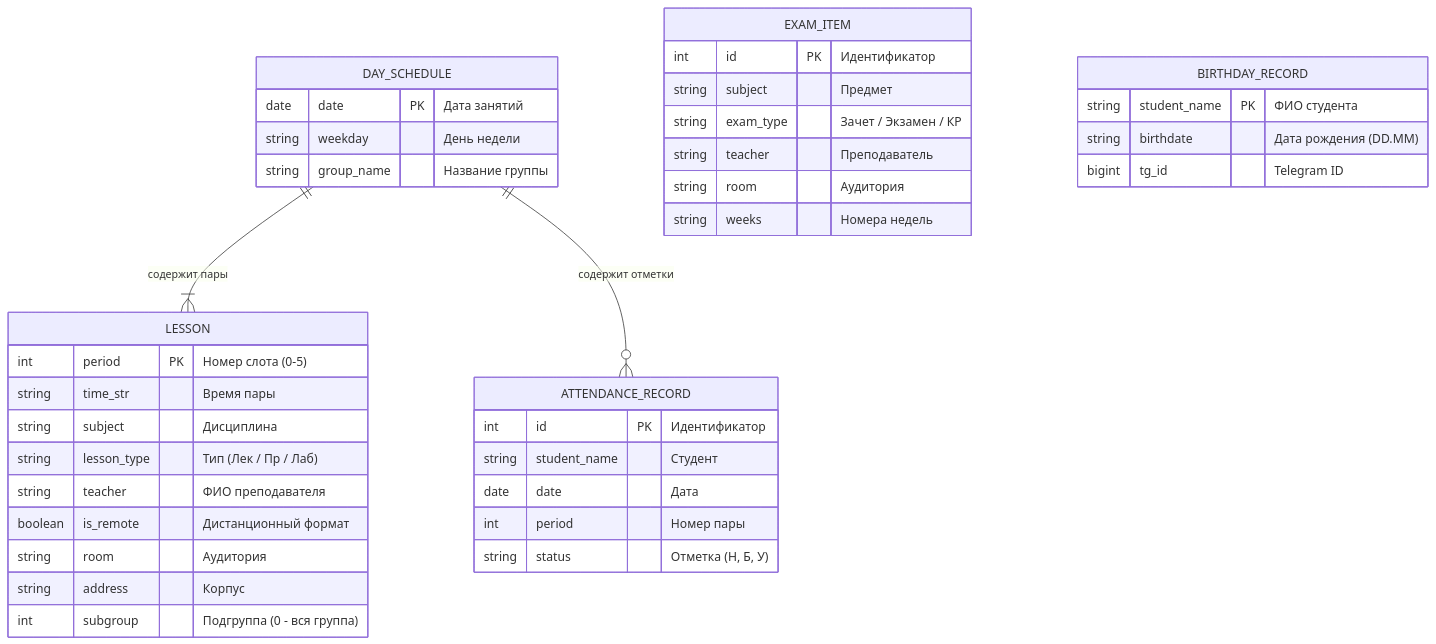
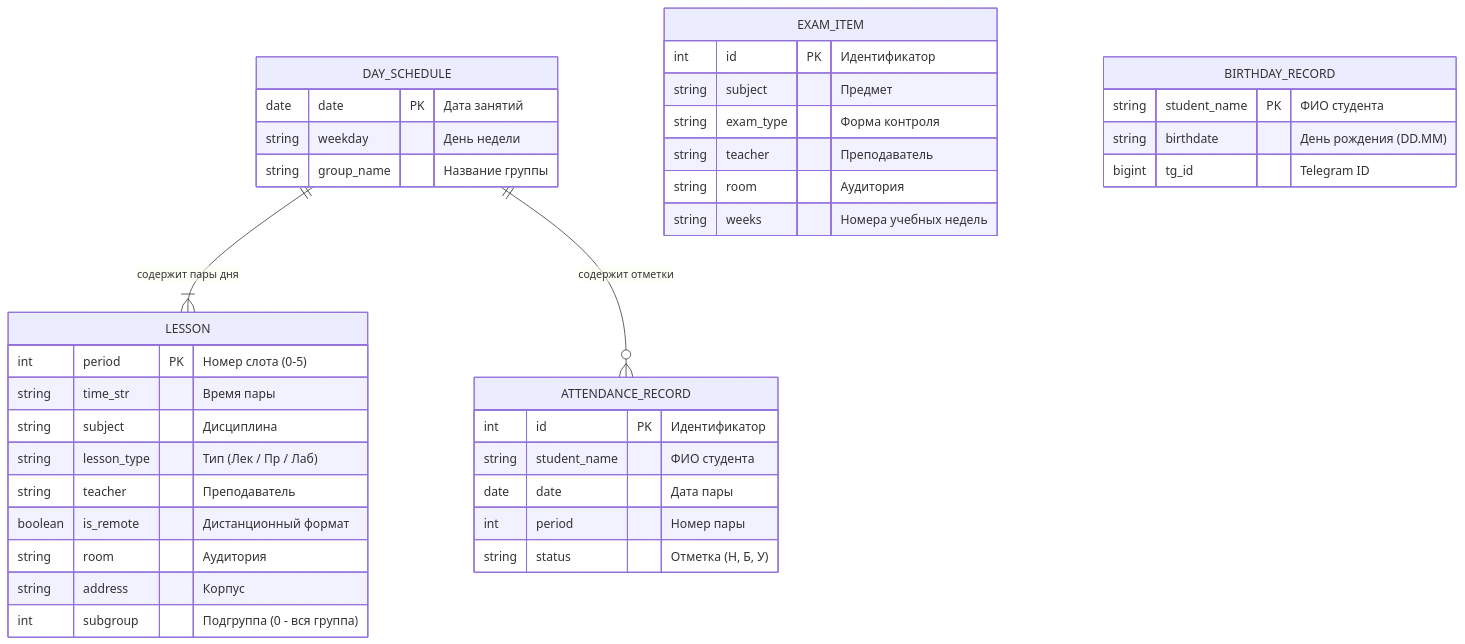
The seventh of 7 diagrams in docs/UML.md (Utkautka1/para), drawn with Mermaid before and after one commit. The commit also changed other lines of this file, not shown here.

Commit message:
docs: сквозная архитектура End-to-End Data Flow с пошаговыми цепочками вызовов

````diff
--- a/docs/UML.md
+++ b/docs/UML.md
@@ -475,46 +483,46 @@
 ```mermaid
 erDiagram
-    DAY_SCHEDULE ||--|{ LESSON : "содержит пары"
+    DAY_SCHEDULE ||--|{ LESSON : "содержит пары дня"
     DAY_SCHEDULE ||--o{ ATTENDANCE_RECORD : "содержит отметки"
 
     DAY_SCHEDULE {
         date date PK "Дата занятий"
         string weekday "День недели"
         string group_name "Название группы"
     }
 
     LESSON {
         int period PK "Номер слота (0-5)"
         string time_str "Время пары"
         string subject "Дисциплина"
         string lesson_type "Тип (Лек / Пр / Лаб)"
-        string teacher "ФИО преподавателя"
+        string teacher "Преподаватель"
         boolean is_remote "Дистанционный формат"
         string room "Аудитория"
         string address "Корпус"
         int subgroup "Подгруппа (0 - вся группа)"
     }
 
     ATTENDANCE_RECORD {
         int id PK "Идентификатор"
-        string student_name "Студент"
-        date date "Дата"
+        string student_name "ФИО студента"
+        date date "Дата пары"
         int period "Номер пары"
         string status "Отметка (Н, Б, У)"
     }
 
     EXAM_ITEM {
         int id PK "Идентификатор"
         string subject "Предмет"
-        string exam_type "Зачет / Экзамен / КР"
+        string exam_type "Форма контроля"
         string teacher "Преподаватель"
         string room "Аудитория"
-        string weeks "Номера недель"
+        string weeks "Номера учебных недель"
     }
 
     BIRTHDAY_RECORD {
         string student_name PK "ФИО студента"
-        string birthdate "Дата рождения (DD.MM)"
+        string birthdate "День рождения (DD.MM)"
         bigint tg_id "Telegram ID"
     }
 ```
````
